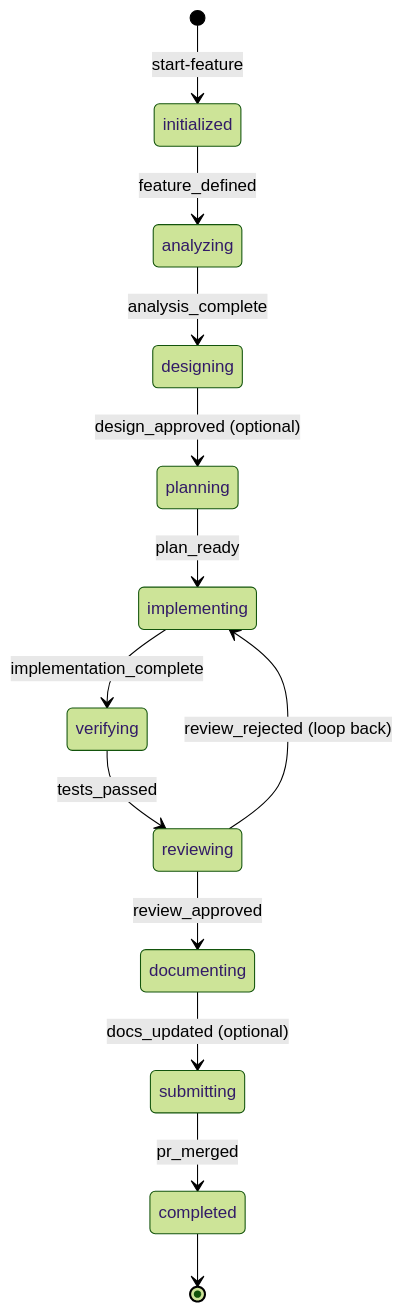
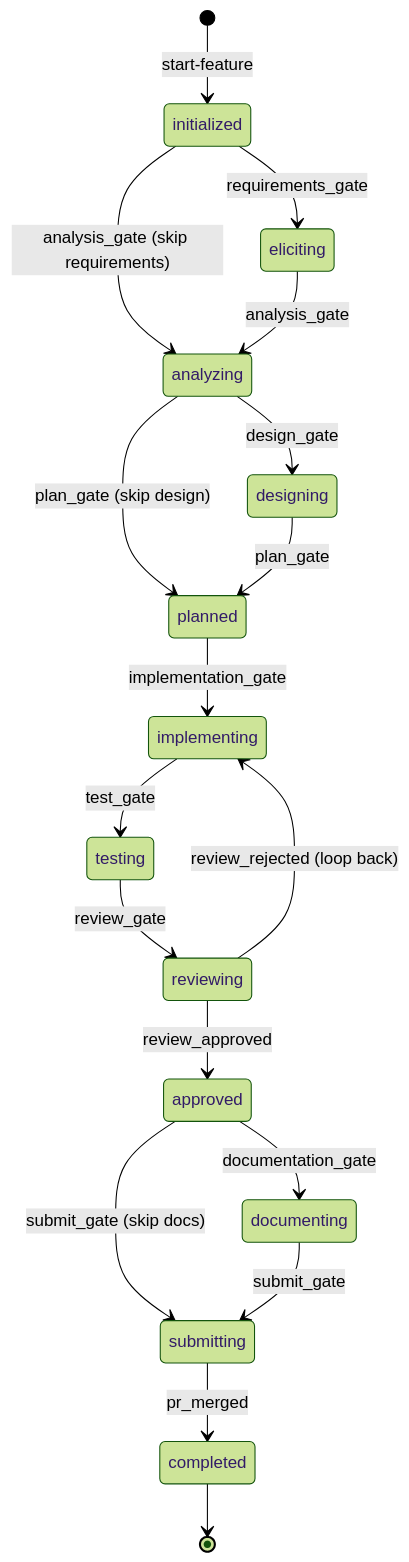
Before and after one commit to nanikasheila/copilot-cli-workflow-framework: the third of 3 diagrams in README.md, drawn with Mermaid (forest theme). The commit also changed other lines of this file and 3 other files, not shown here.

````diff
--- a/README.md
+++ b/README.md
@@ -302,15 +321,20 @@
 ```mermaid
 stateDiagram-v2
     [*] --> initialized: start-feature
-    initialized --> analyzing: feature_defined
-    analyzing --> designing: analysis_complete
-    designing --> planning: design_approved (optional)
-    planning --> implementing: plan_ready
-    implementing --> verifying: implementation_complete
-    verifying --> reviewing: tests_passed
-    reviewing --> documenting: review_approved
+    initialized --> eliciting: requirements_gate
+    initialized --> analyzing: analysis_gate (skip requirements)
+    eliciting --> analyzing: analysis_gate
+    analyzing --> designing: design_gate
+    analyzing --> planned: plan_gate (skip design)
+    designing --> planned: plan_gate
+    planned --> implementing: implementation_gate
+    implementing --> testing: test_gate
+    testing --> reviewing: review_gate
+    reviewing --> approved: review_approved
     reviewing --> implementing: review_rejected (loop back)
-    documenting --> submitting: docs_updated (optional)
+    approved --> documenting: documentation_gate
+    approved --> submitting: submit_gate (skip docs)
+    documenting --> submitting: submit_gate
     submitting --> completed: pr_merged
     completed --> [*]
 ```
````
